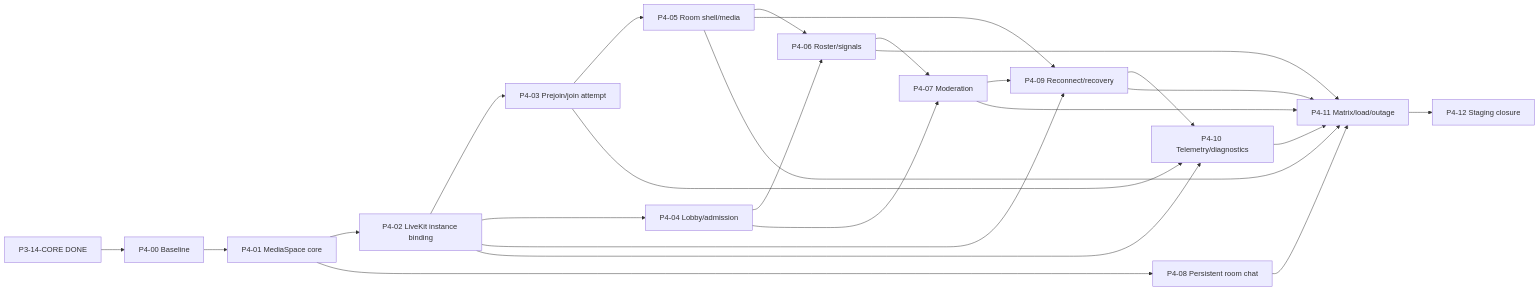
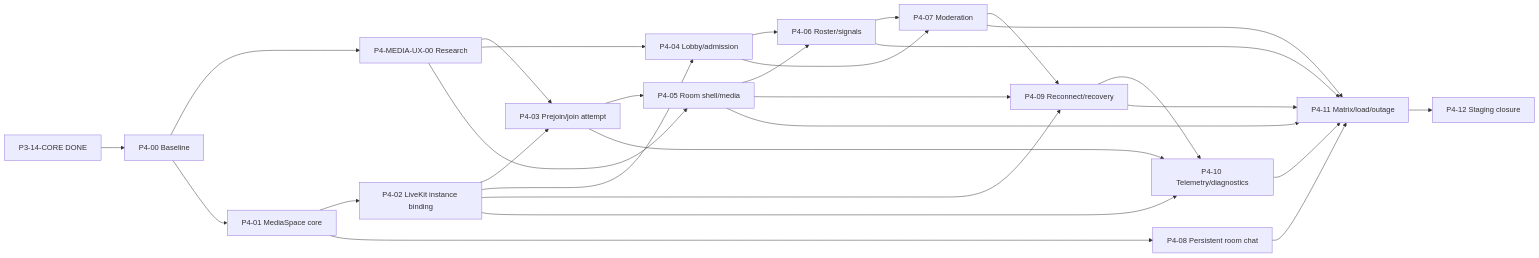
Before and after one commit to basangnguyen/TUTORHUB_WEB: the diagram in docs/PHASE_4_BACKLOG.md, drawn with Mermaid. The commit also changed other lines of this file and 7 other files, not shown here.

Commit message:
docs(p4): add media UX research spike

````diff
--- a/docs/PHASE_4_BACKLOG.md
+++ b/docs/PHASE_4_BACKLOG.md
@@ -86,27 +92,31 @@
 ```mermaid
 flowchart LR
     P314C["P3-14-CORE DONE"] --> P400["P4-00 Baseline"]
+    P400 --> P4MUX["P4-MEDIA-UX-00 Research"]
     P400 --> P401["P4-01 MediaSpace core"]
     P401 --> P402["P4-02 LiveKit instance binding"]
     P402 --> P403["P4-03 Prejoin/join attempt"]
     P402 --> P404["P4-04 Lobby/admission"]
+    P4MUX --> P403
+    P4MUX --> P404
+    P4MUX --> P405
     P403 --> P405["P4-05 Room shell/media"]
     P404 --> P406["P4-06 Roster/signals"]
     P405 --> P406
     P404 --> P407["P4-07 Moderation"]
     P406 --> P407
     P401 --> P408["P4-08 Persistent room chat"]
     P402 --> P409["P4-09 Reconnect/recovery"]
     P405 --> P409
     P407 --> P409
     P402 --> P410["P4-10 Telemetry/diagnostics"]
     P403 --> P410
     P409 --> P410
     P405 --> P411["P4-11 Matrix/load/outage"]
     P406 --> P411
     P407 --> P411
     P408 --> P411
     P409 --> P411
     P410 --> P411
     P411 --> P412["P4-12 Staging closure"]
 ```
````
